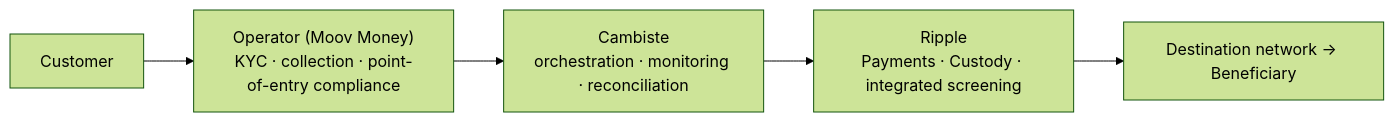
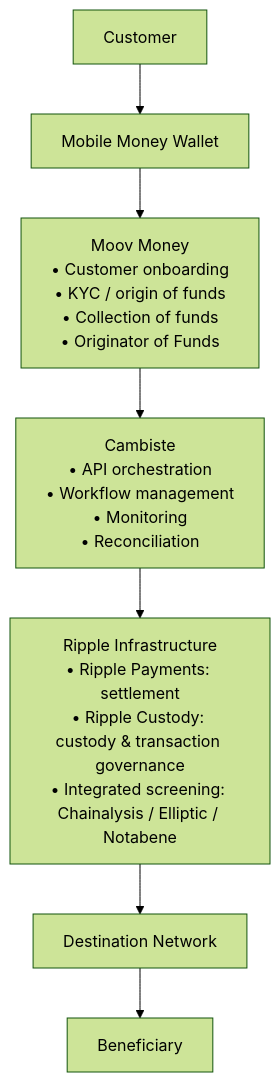
The diagram in ripple-mobile-money-reference-architecture.md (TotheLeffe/print-function-file-argument), drawn with Mermaid (forest theme) before and after one commit. The commit also changed other lines of this file, not shown here.

````diff
--- a/ripple-mobile-money-reference-architecture.md
+++ b/ripple-mobile-money-reference-architecture.md
@@ -44,7 +72,9 @@
 ```mermaid
-flowchart LR
-    A[Customer] --> B["Operator (Moov Money)<br/>KYC · collection · point-of-entry compliance"]
-    B --> C["Cambiste<br/>orchestration · monitoring · reconciliation"]
-    C --> D["Ripple<br/>Payments · Custody · integrated screening"]
-    D --> E["Destination network → Beneficiary"]
+flowchart TD
+    A[Customer] --> B[Mobile Money Wallet]
+    B --> C["Moov Money<br/>• Customer onboarding<br/>• KYC / origin of funds<br/>• Collection of funds<br/>• Originator of Funds"]
+    C --> D["Cambiste<br/>• API orchestration<br/>• Workflow management<br/>• Monitoring<br/>• Reconciliation"]
+    D --> E["Ripple Infrastructure<br/>• Ripple Payments: settlement<br/>• Ripple Custody: custody & transaction governance<br/>• Integrated screening: Chainalysis / Elliptic / Notabene"]
+    E --> F[Destination Network]
+    F --> G[Beneficiary]
 ```
````
